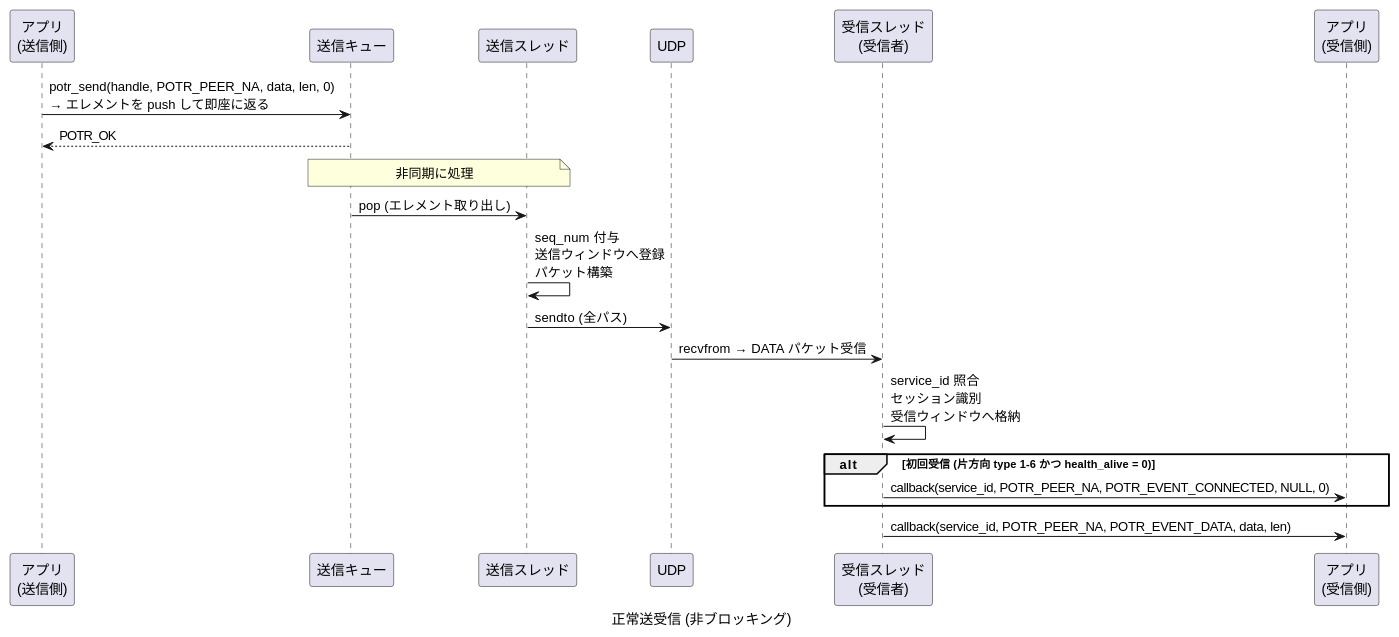
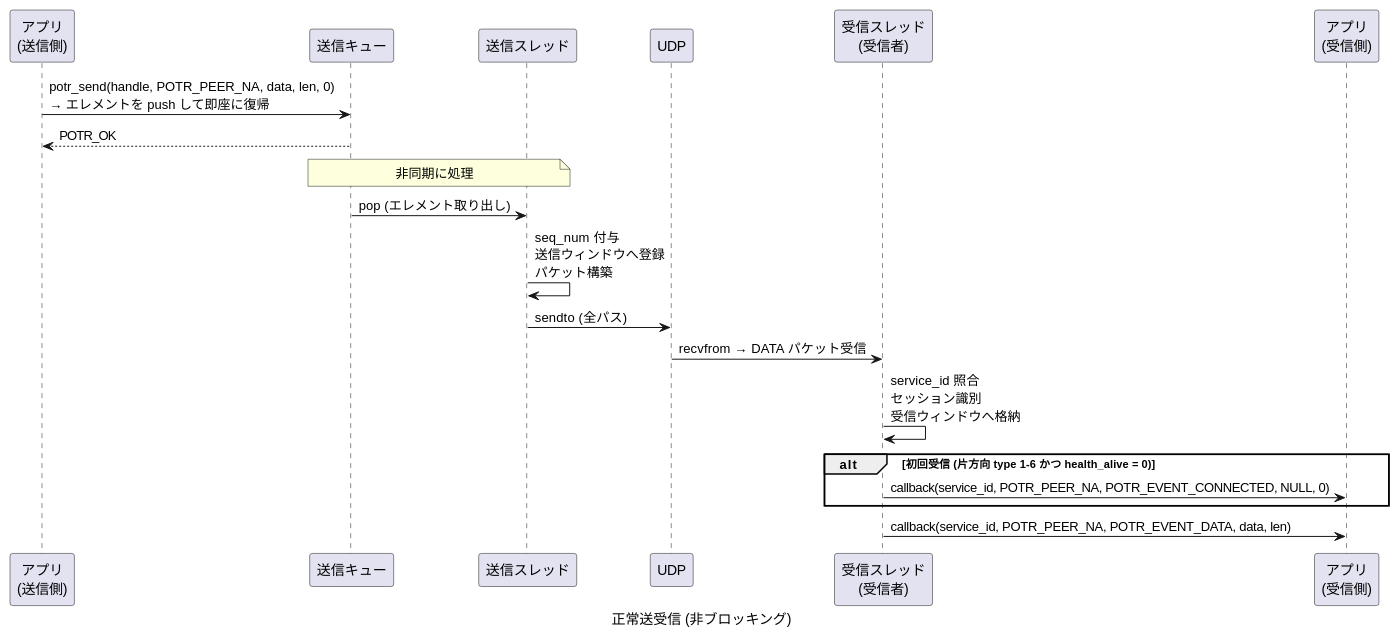
The first of 9 diagrams in docs/sequence-data.md (Hondarer/app_porter), drawn with PlantUML before and after one commit. The commit also changed other lines of this file and 39 other files, not shown here.

````diff
--- a/docs/sequence-data.md
+++ b/docs/sequence-data.md
@@ -9,31 +9,31 @@
 ```plantuml
 @startuml 正常送受信 (非ブロッキング)
 caption 正常送受信 (非ブロッキング)
 
 participant "アプリ\n(送信側)" as SAPP
 participant "送信キュー" as Q
 participant "送信スレッド" as ST
 participant "UDP" as UDP
 participant "受信スレッド\n(受信者)" as RRT
 participant "アプリ\n(受信側)" as RAPP
 
-SAPP -> Q: potr_send(handle, POTR_PEER_NA, data, len, 0)\n→ エレメントを push して即座に返る
+SAPP -> Q: potr_send(handle, POTR_PEER_NA, data, len, 0)\n→ エレメントを push して即座に復帰
 SAPP <-- Q: POTR_OK
 
 note over Q, ST: 非同期に処理
 
 Q -> ST: pop (エレメント取り出し)
 ST -> ST: seq_num 付与\n送信ウィンドウへ登録\nパケット構築
 ST -> UDP: sendto (全パス)
 
 UDP -> RRT: recvfrom → DATA パケット受信
 RRT -> RRT: service_id 照合\nセッション識別\n受信ウィンドウへ格納
 
 alt 初回受信 (片方向 type 1-6 かつ health_alive = 0)
   RRT -> RAPP: callback(service_id, POTR_PEER_NA, POTR_EVENT_CONNECTED, NULL, 0)
 end
 
 RRT -> RAPP: callback(service_id, POTR_PEER_NA, POTR_EVENT_DATA, data, len)
 
 @enduml
 ```
````
